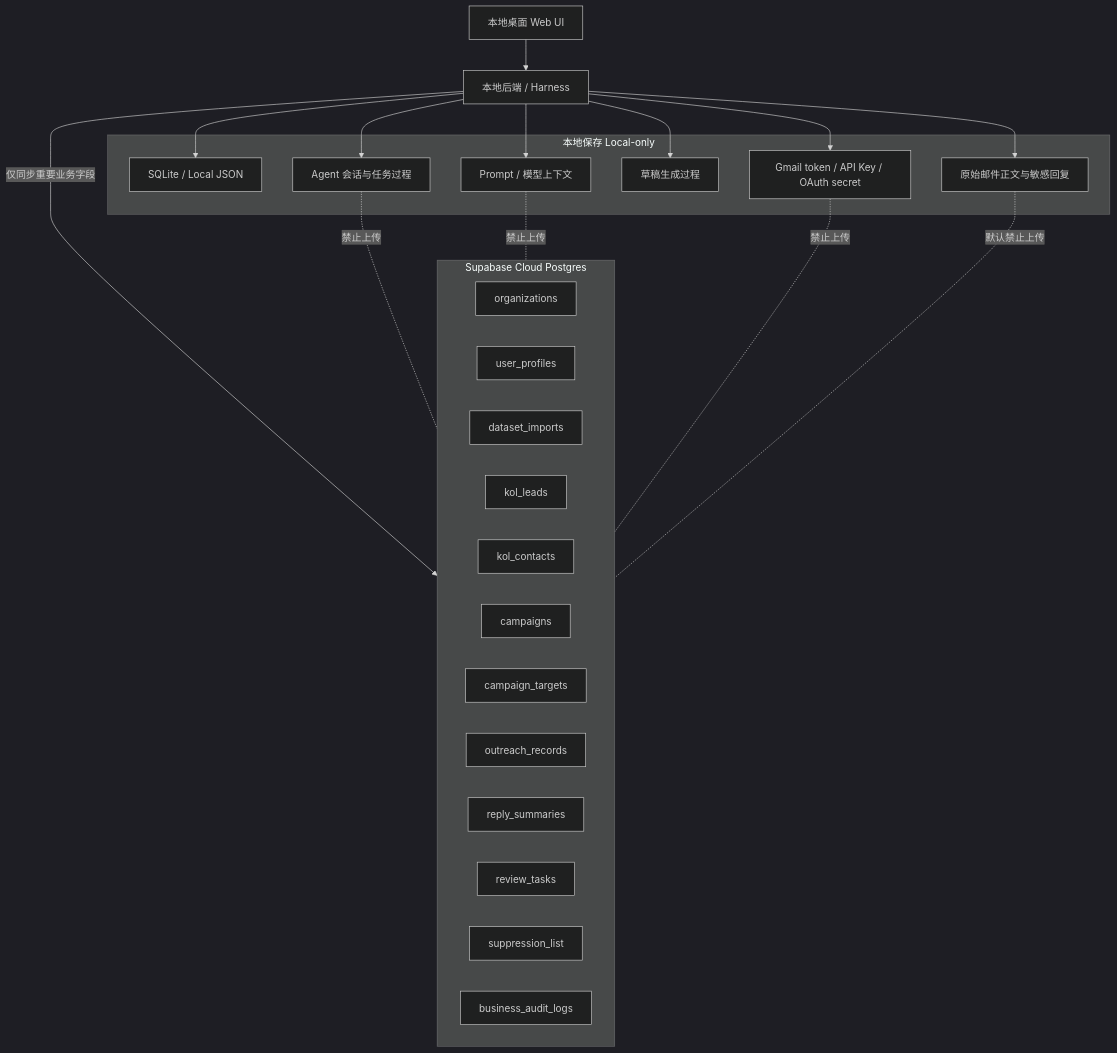
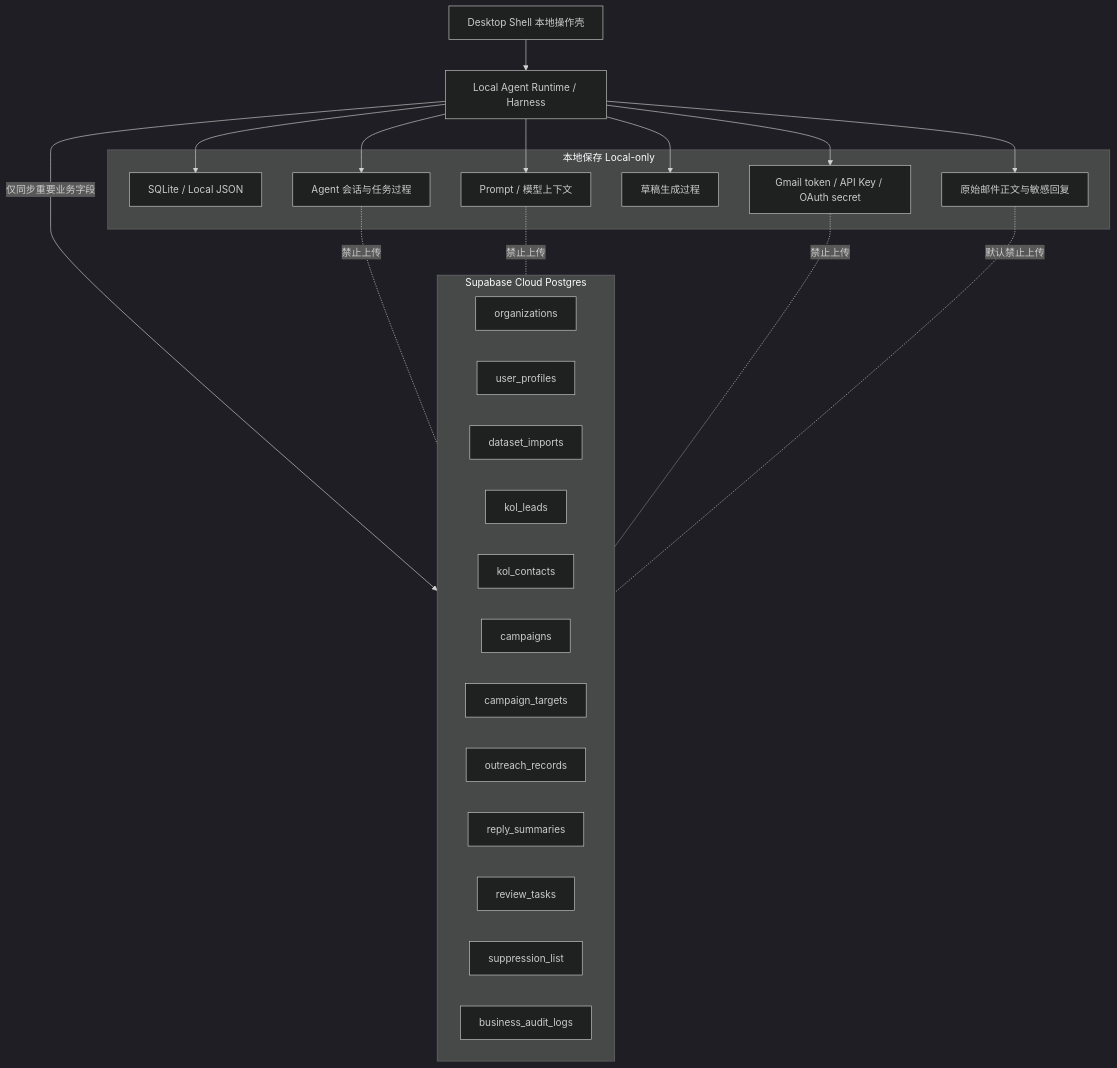
One commit to chasel120/kol-workbench changed the diagram in .agent_cache/project-upgrade/supabase_data_architecture.md. Above: the diagram before and after it, drawn with Mermaid (dark theme). The commit also changed other lines of this file and 17 other files, not shown here.

Commit message:
refactor: align workbench as local agent runtime

````diff
--- a/.agent_cache/project-upgrade/supabase_data_architecture.md
+++ b/.agent_cache/project-upgrade/supabase_data_architecture.md
@@ -20,42 +20,42 @@
 ```mermaid
 flowchart TB
-  UI["本地桌面 Web UI"] --> LocalAPI["本地后端 / Harness"]
+  UI["Desktop Shell 本地操作壳"] --> LocalAPI["Local Agent Runtime / Harness"]
 
   subgraph LocalOnly["本地保存 Local-only"]
     LocalSQLite["SQLite / Local JSON"]
     SessionStore["Agent 会话与任务过程"]
     PromptStore["Prompt / 模型上下文"]
     DraftWork["草稿生成过程"]
     Secrets["Gmail token / API Key / OAuth secret"]
     RawEmail["原始邮件正文与敏感回复"]
   end
 
   subgraph SupabaseCloud["Supabase Cloud Postgres"]
     Org["organizations"]
     Profiles["user_profiles"]
     DatasetMeta["dataset_imports"]
     KOL["kol_leads"]
     Contacts["kol_contacts"]
     Campaigns["campaigns"]
     Targets["campaign_targets"]
     Outreach["outreach_records"]
     ReplySummary["reply_summaries"]
     Review["review_tasks"]
     Suppression["suppression_list"]
     Audit["business_audit_logs"]
   end
 
   LocalAPI --> LocalSQLite
   LocalAPI --> SessionStore
   LocalAPI --> PromptStore
   LocalAPI --> DraftWork
   LocalAPI --> Secrets
   LocalAPI --> RawEmail
 
   LocalAPI -->|"仅同步重要业务字段"| SupabaseCloud
 
   SessionStore -. "禁止上传" .- SupabaseCloud
   PromptStore -. "禁止上传" .- SupabaseCloud
   Secrets -. "禁止上传" .- SupabaseCloud
   RawEmail -. "默认禁止上传" .- SupabaseCloud
 ```
````
